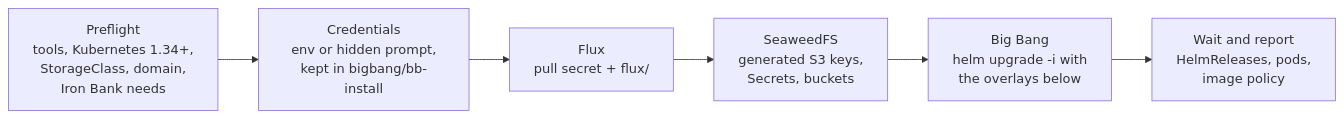
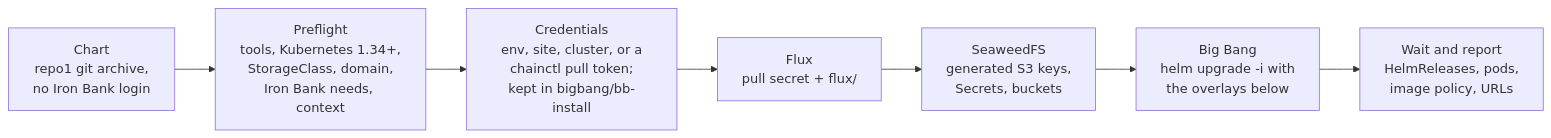
The fourth of 9 diagrams in docs/architecture.md (Zapata-Technology/bigbang-chainguard), drawn with Mermaid before and after one commit. The commit also changed 6 other files, not shown here.

First line of the commit message:
bb-install.py: no Iron Bank login, pull token from chainctl, URLs at the end

````diff
--- a/docs/architecture.md
+++ b/docs/architecture.md
@@ -112,8 +112,9 @@
 ```mermaid
 flowchart LR
-    PF[Preflight<br/>tools, Kubernetes 1.34+,<br/>StorageClass, domain,<br/>Iron Bank needs] --> CR[Credentials<br/>env or hidden prompt,<br/>kept in bigbang/bb-install]
+    CH[Chart<br/>repo1 git archive,<br/>no Iron Bank login] --> PF[Preflight<br/>tools, Kubernetes 1.34+,<br/>StorageClass, domain,<br/>Iron Bank needs, context]
+    PF --> CR[Credentials<br/>env, site, cluster, or a<br/>chainctl pull token;<br/>kept in bigbang/bb-install]
     CR --> FX[Flux<br/>pull secret + flux/]
     FX --> SW[SeaweedFS<br/>generated S3 keys,<br/>Secrets, buckets]
     SW --> BB[Big Bang<br/>helm upgrade -i with<br/>the overlays below]
-    BB --> W[Wait and report<br/>HelmReleases, pods,<br/>image policy]
+    BB --> W[Wait and report<br/>HelmReleases, pods,<br/>image policy, URLs]
 ```
````
